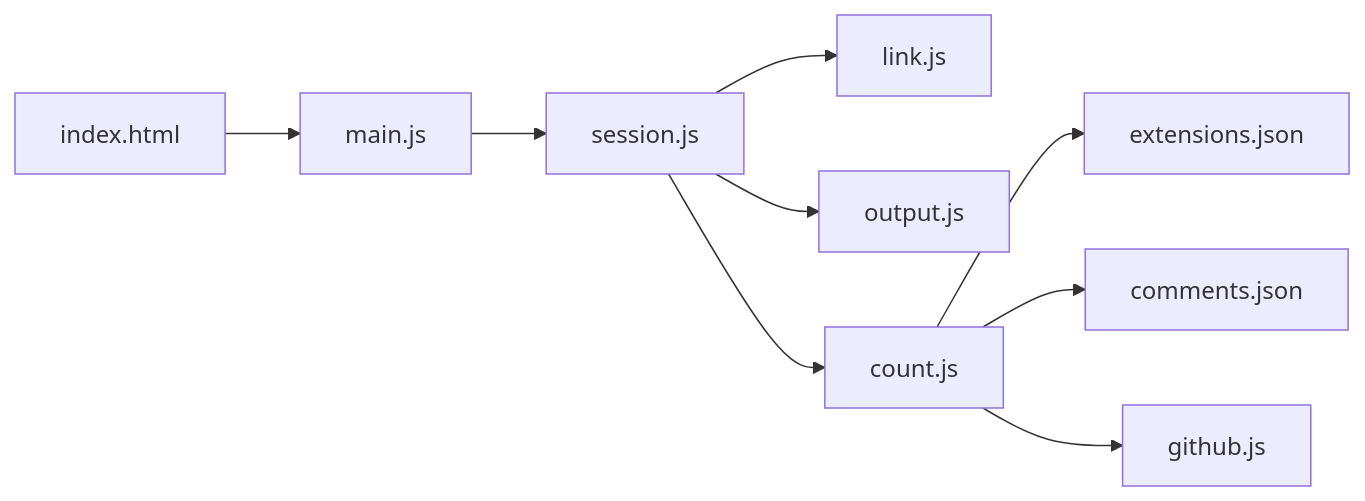
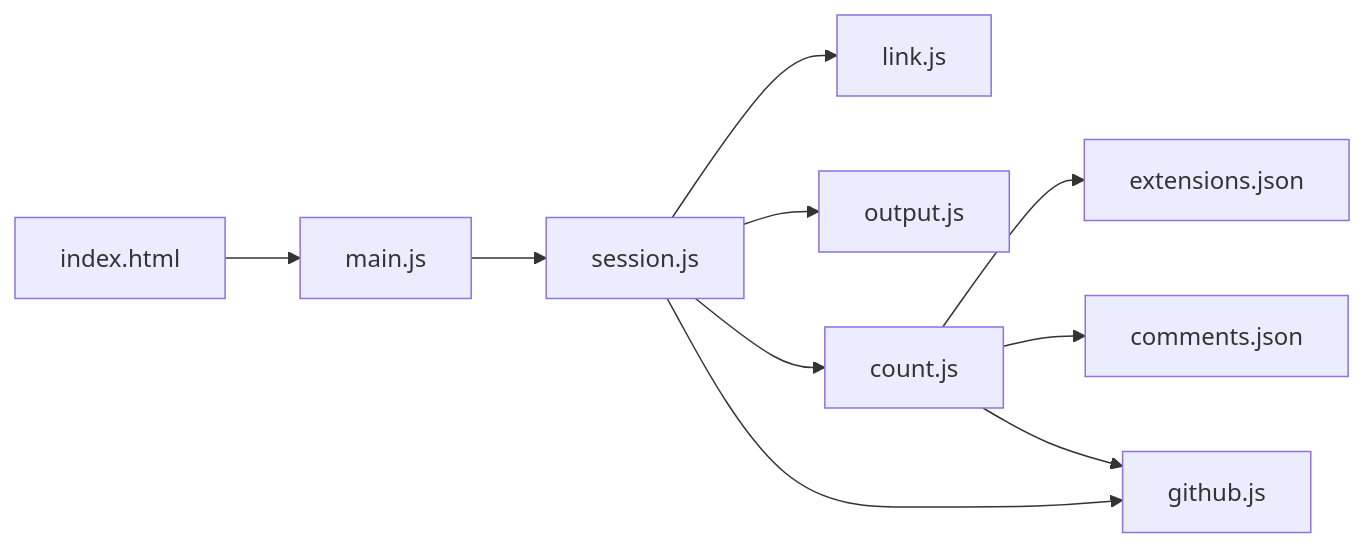
One commit to cnordenb/repo-kloc-counter changed the diagram in documentation/MAINTAINER.md. Above: the diagram before and after it, drawn with Mermaid. The commit also changed other lines of this file and 13 other files, not shown here.

````diff
--- a/documentation/MAINTAINER.md
+++ b/documentation/MAINTAINER.md
@@ -76,11 +77,12 @@
 ```mermaid
 flowchart LR
   html[index.html] --> main[main.js]
   main --> session[session.js]
   session --> link[link.js]
   session --> output[output.js]
   session --> count[count.js]
+  session --> github
   count --> ext[extensions.json]
   count --> comments[comments.json]
   count --> github[github.js]
 ```
````
